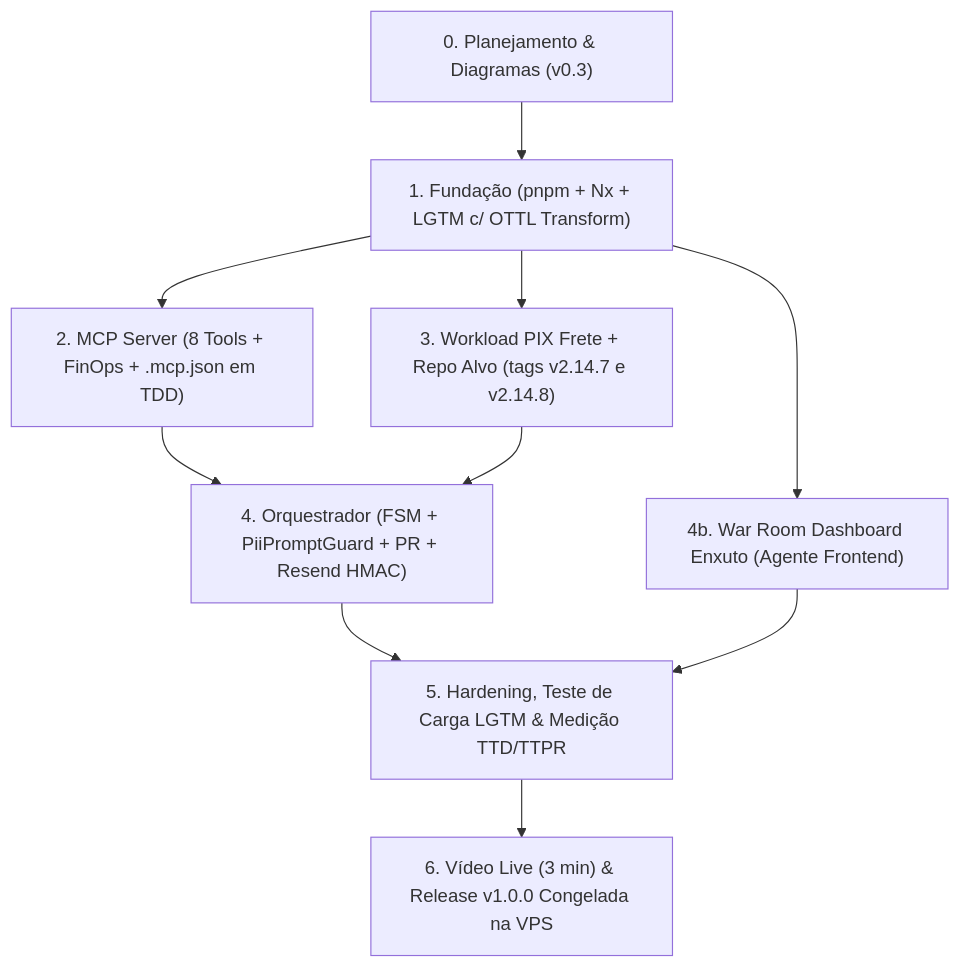
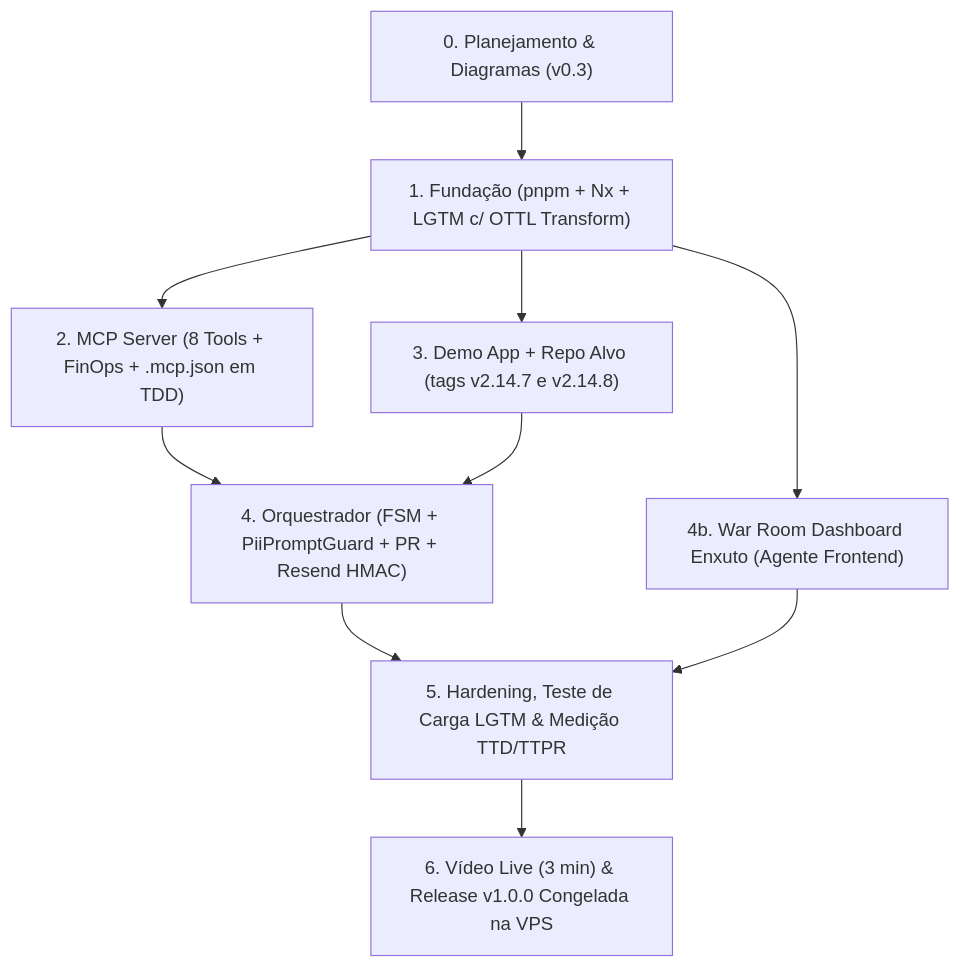
Before and after one commit to AdmilsonGoncalves/zeromttr: the fourth of 4 diagrams in docs/pt-BR/00_architecture_master.md, drawn with Mermaid. The commit also changed other lines of this file and 9 other files, not shown here.

Commit message:
docs: keep ZeroMTTR domain-agnostic (Clean Architecture) with api-pagamentos-core demo workload

````diff
--- a/docs/pt-BR/00_architecture_master.md
+++ b/docs/pt-BR/00_architecture_master.md
@@ -325,10 +325,10 @@
 ```mermaid
 flowchart TD
     F0["0. Planejamento & Diagramas (v0.3)"] --> F1["1. Fundação (pnpm + Nx + LGTM c/ OTTL Transform)"]
     F1 --> F2["2. MCP Server (8 Tools + FinOps + .mcp.json em TDD)"]
-    F1 --> F3["3. Workload PIX Frete + Repo Alvo (tags v2.14.7 e v2.14.8)"]
+    F1 --> F3["3. Demo App + Repo Alvo (tags v2.14.7 e v2.14.8)"]
     F1 --> F4B["4b. War Room Dashboard Enxuto (Agente Frontend)"]
     F2 & F3 --> F4["4. Orquestrador (FSM + PiiPromptGuard + PR + Resend HMAC)"]
     F4 & F4B --> F5["5. Hardening, Teste de Carga LGTM & Medição TTD/TTPR"]
     F5 --> F6["6. Vídeo Live (3 min) & Release v1.0.0 Congelada na VPS"]
 ```
````
